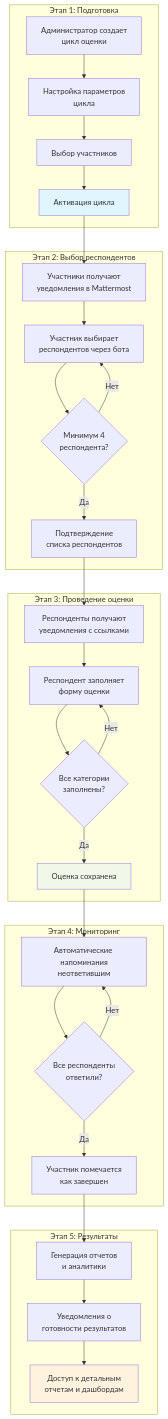
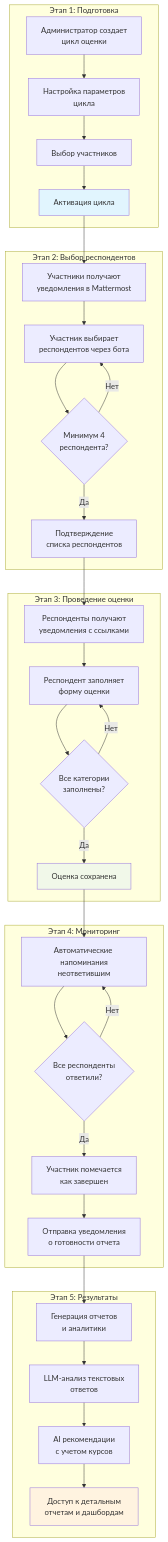
The fifth of 9 diagrams in README.md (chastnik/360), drawn with Mermaid before and after one commit. The commit also changed other lines of this file, not shown here.

Commit message:
Актуализирован README: обновлены все схемы БД, архитектурные диаграммы, API документация и разделы безопасности

````diff
--- a/README.md
+++ b/README.md
@@ -407,41 +491,43 @@
 ```mermaid
 flowchart TD
   subgraph "Этап 1: Подготовка"
     A1[Администратор создает<br/>цикл оценки] --> A2[Настройка параметров<br/>цикла]
     A2 --> A3[Выбор участников]
     A3 --> A4[Активация цикла]
   end
   
   subgraph "Этап 2: Выбор респондентов"
     A4 --> B1[Участники получают<br/>уведомления в Mattermost]
     B1 --> B2[Участник выбирает<br/>респондентов через бота]
     B2 --> B3{Минимум 4<br/>респондента?}
     B3 -->|Нет| B2
     B3 -->|Да| B4[Подтверждение<br/>списка респондентов]
   end
   
   subgraph "Этап 3: Проведение оценки"
     B4 --> C1[Респонденты получают<br/>уведомления с ссылками]
     C1 --> C2[Респондент заполняет<br/>форму оценки]
     C2 --> C3{Все категории<br/>заполнены?}
     C3 -->|Нет| C2
     C3 -->|Да| C4[Оценка сохранена]
   end
   
   subgraph "Этап 4: Мониторинг"
     C4 --> D1[Автоматические напоминания<br/>неответившим]
     D1 --> D2{Все респонденты<br/>ответили?}
     D2 -->|Нет| D1
     D2 -->|Да| D3[Участник помечается<br/>как завершен]
+    D3 --> D4[Отправка уведомления<br/>о готовности отчета]
   end
   
   subgraph "Этап 5: Результаты"
-    D3 --> E1[Генерация отчетов<br/>и аналитики]
-    E1 --> E2[Уведомления о<br/>готовности результатов]
-    E2 --> E3[Доступ к детальным<br/>отчетам и дашбордам]
+    D4 --> E1[Генерация отчетов<br/>и аналитики]
+    E1 --> E2[LLM-анализ текстовых<br/>ответов]
+    E2 --> E3[AI рекомендации<br/>с учетом курсов]
+    E3 --> E4[Доступ к детальным<br/>отчетам и дашбордам]
   end
   
   style A4 fill:#e1f5fe
   style C4 fill:#f1f8e9
-  style E3 fill:#fff3e0
+  style E4 fill:#fff3e0
 ```
````
